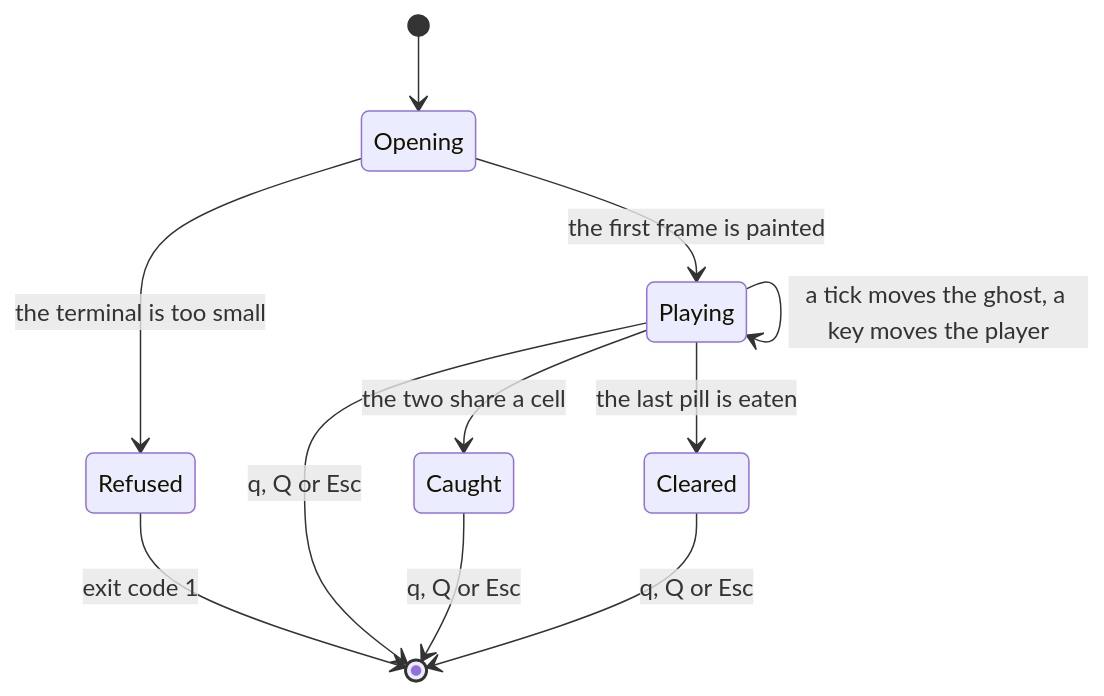
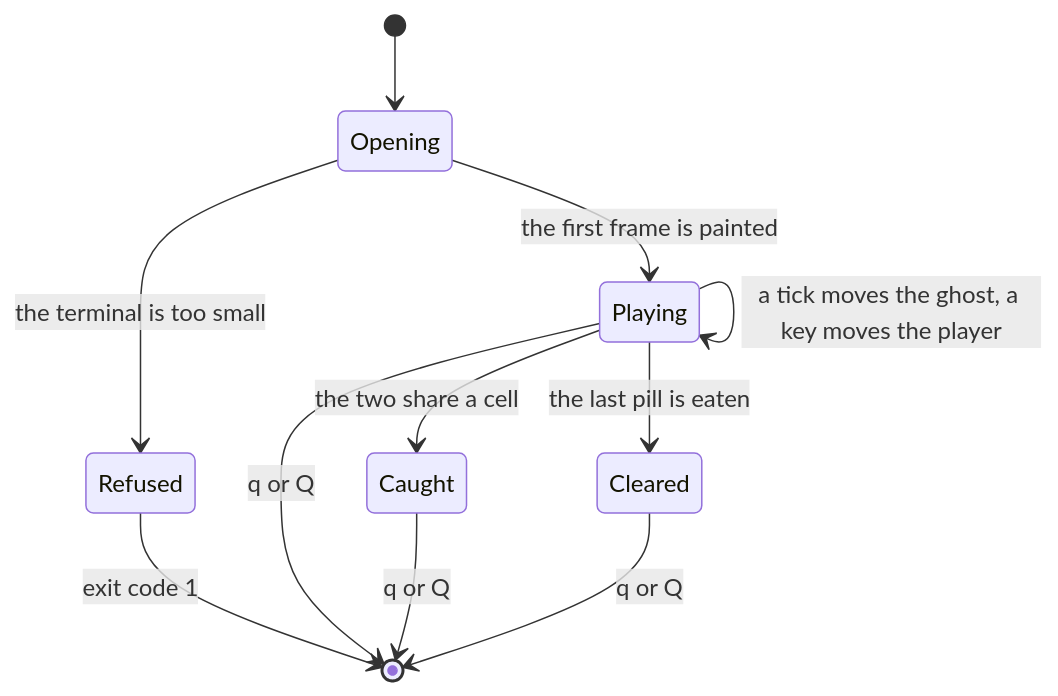
Before and after one commit to replicant1/TerminalGame: the diagram in docs/LIFECYCLE.md, drawn with Mermaid. The commit also changed other lines of this file and 8 other files, not shown here.

````diff
--- a/docs/LIFECYCLE.md
+++ b/docs/LIFECYCLE.md
@@ -8,13 +8,13 @@
 ```mermaid
 stateDiagram-v2
     [*] --> Opening
     Opening --> Refused: the terminal is too small
     Refused --> [*]: exit code 1
     Opening --> Playing: the first frame is painted
     Playing --> Playing: a tick moves the ghost, a key moves the player
     Playing --> Caught: the two share a cell
     Playing --> Cleared: the last pill is eaten
-    Playing --> [*]: q, Q or Esc
-    Caught --> [*]: q, Q or Esc
-    Cleared --> [*]: q, Q or Esc
+    Playing --> [*]: q or Q
+    Caught --> [*]: q or Q
+    Cleared --> [*]: q or Q
 ```
````
